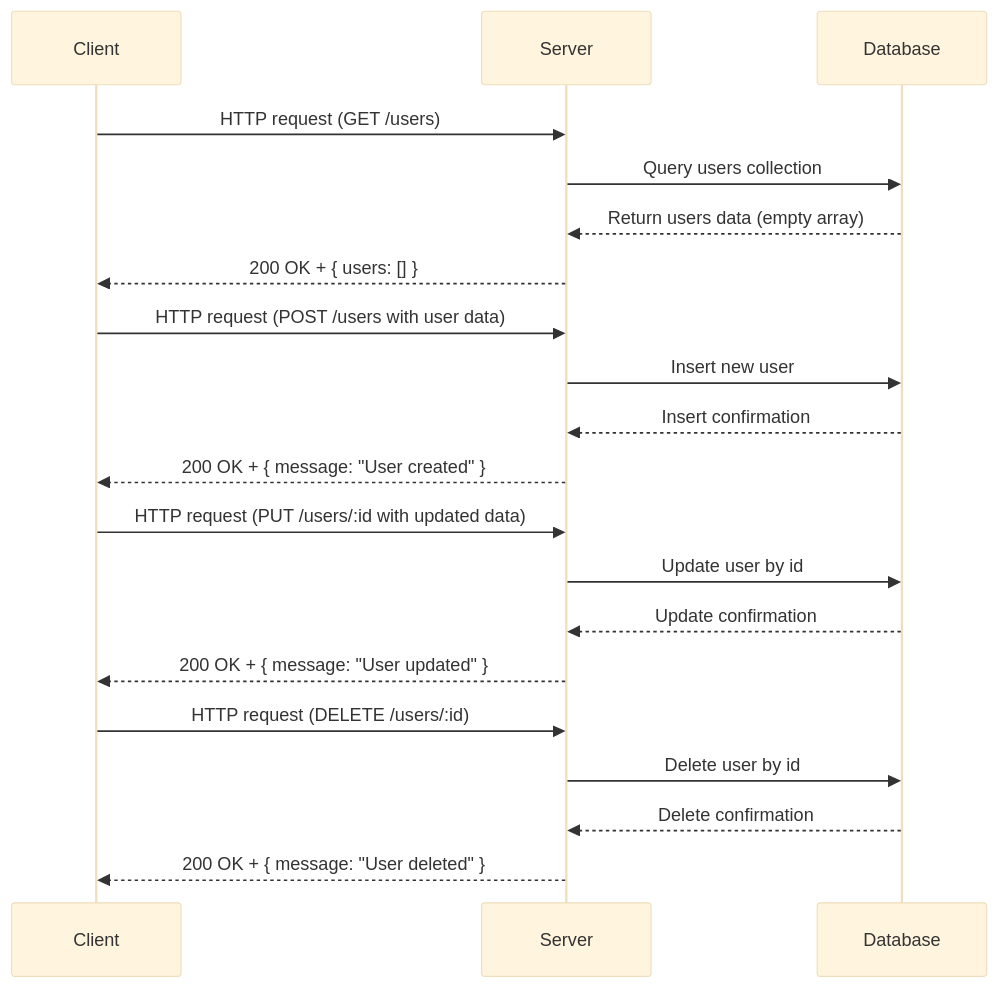
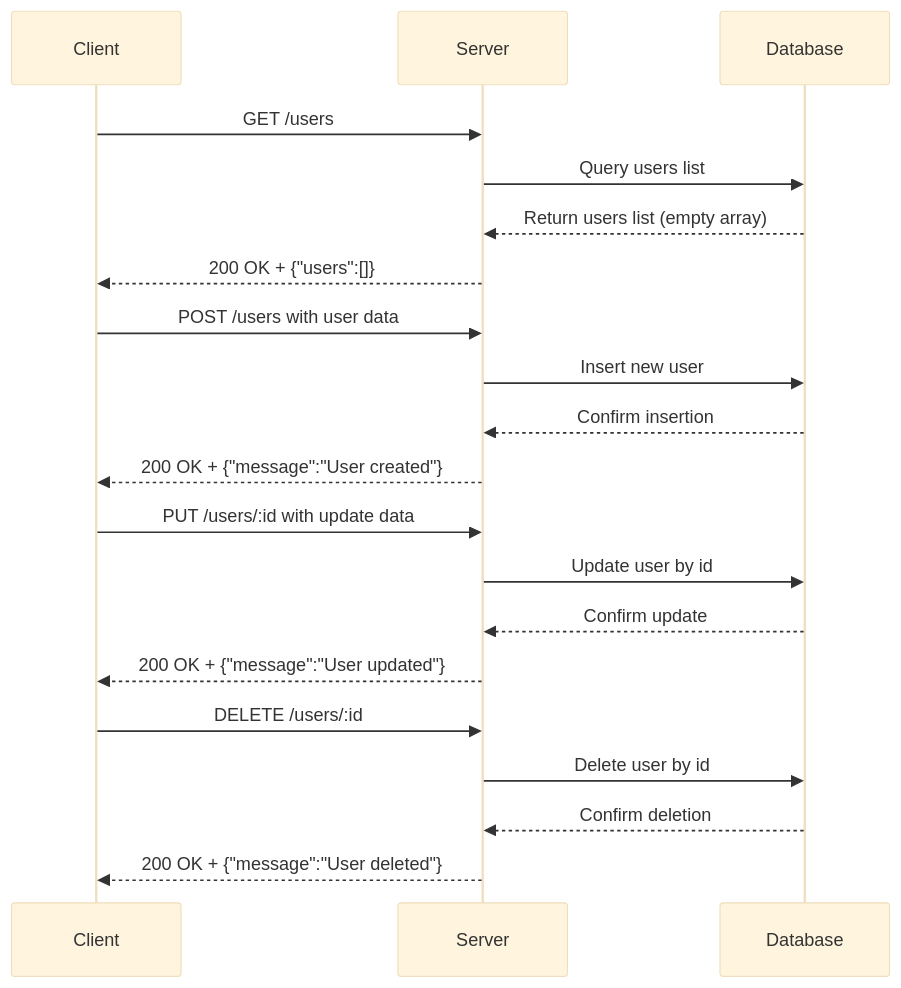
Before and after one commit to swmiya8/sample-api-key: the diagram in generated-api-docs.md, drawn with Mermaid (base theme). The commit also changed other lines of this file, not shown here.

````diff
--- a/generated-api-docs.md
+++ b/generated-api-docs.md
@@ -250,26 +267,26 @@
 ```mermaid
 sequenceDiagram
     participant Client
     participant Server
     participant Database
 
-    Client->>Server: HTTP request (GET /users)
-    Server->>Database: Query users collection
-    Database-->>Server: Return users data (empty array)
-    Server-->>Client: 200 OK + { users: [] }
+    Client->>Server: GET /users
+    Server->>Database: Query users list
+    Database-->>Server: Return users list (empty array)
+    Server-->>Client: 200 OK + {"users":[]}
 
-    Client->>Server: HTTP request (POST /users with user data)
+    Client->>Server: POST /users with user data
     Server->>Database: Insert new user
-    Database-->>Server: Insert confirmation
-    Server-->>Client: 200 OK + { message: "User created" }
+    Database-->>Server: Confirm insertion
+    Server-->>Client: 200 OK + {"message":"User created"}
 
-    Client->>Server: HTTP request (PUT /users/:id with updated data)
+    Client->>Server: PUT /users/:id with update data
     Server->>Database: Update user by id
-    Database-->>Server: Update confirmation
-    Server-->>Client: 200 OK + { message: "User updated" }
+    Database-->>Server: Confirm update
+    Server-->>Client: 200 OK + {"message":"User updated"}
 
-    Client->>Server: HTTP request (DELETE /users/:id)
+    Client->>Server: DELETE /users/:id
     Server->>Database: Delete user by id
-    Database-->>Server: Delete confirmation
-    Server-->>Client: 200 OK + { message: "User deleted" }
+    Database-->>Server: Confirm deletion
+    Server-->>Client: 200 OK + {"message":"User deleted"}
 ```
````
